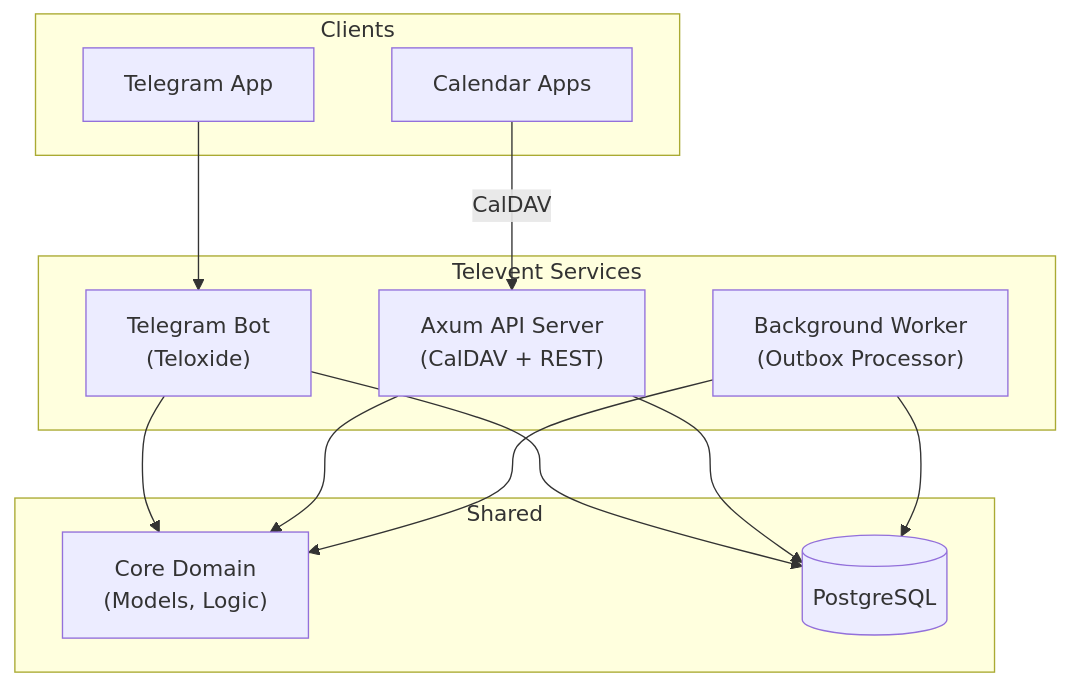
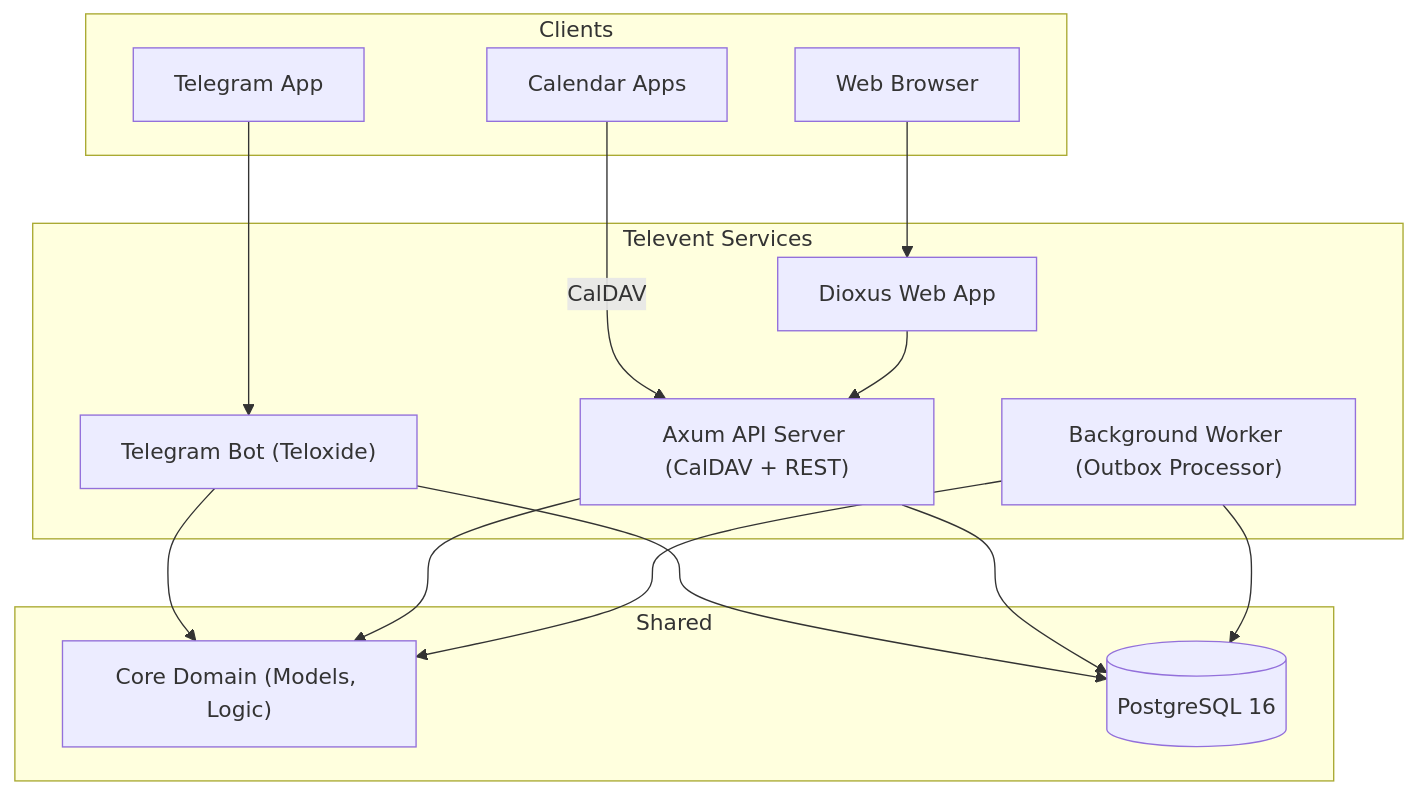
The diagram in README.md (kirilledition/televent), drawn with Mermaid before and after one commit. The commit also changed other lines of this file and 8 other files, not shown here.

````diff
--- a/README.md
+++ b/README.md
@@ -67,30 +11,33 @@
 ```mermaid
 flowchart TB
     subgraph Clients
         TG["Telegram App"]
         CAL["Calendar Apps"]
+        WEB["Web Browser"]
     end
 
     subgraph "Televent Services"
-        API["Axum API Server<br/>(CalDAV + REST)"]
-        BOT["Telegram Bot<br/>(Teloxide)"]
-        WORKER["Background Worker<br/>(Outbox Processor)"]
+        API["Axum API Server (CalDAV + REST)"]
+        BOT["Telegram Bot (Teloxide)"]
+        WORKER["Background Worker (Outbox Processor)"]
+        WEBAPP["Dioxus Web App"]
     end
 
     subgraph Shared
-        CORE["Core Domain<br/>(Models, Logic)"]
-        DB[("PostgreSQL")]
+        CORE["Core Domain (Models, Logic)"]
+        DB[("PostgreSQL 16")]
     end
 
-    %% Connections
     TG --> BOT
     CAL -->|CalDAV| API
+    WEB --> WEBAPP
+    WEBAPP --> API
     
     BOT --> CORE
     API --> CORE
     WORKER --> CORE
     
     BOT --> DB
     API --> DB
     WORKER --> DB
 ```
````
